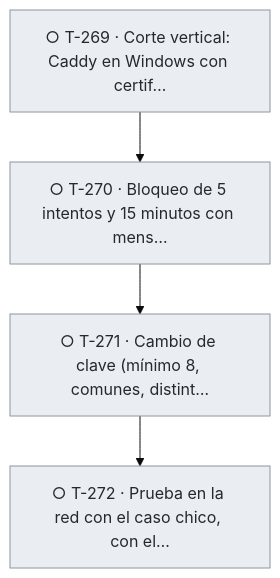
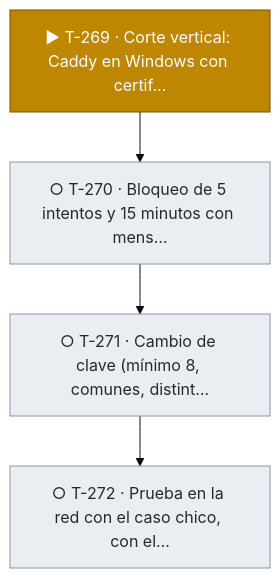
Before and after one commit to snavello/EVALUON: the ninth of 19 diagrams in docs/tablero.md, drawn with Mermaid (base theme). The commit also changed other lines of this file and 7 other files, not shown here.

````diff
--- a/docs/tablero.md
+++ b/docs/tablero.md
@@ -840,15 +840,15 @@
 ```mermaid
 flowchart TD
-  T269["○ T-269 · Corte vertical: Caddy en Windows con certif…"]:::todo
+  T269["▶ T-269 · Corte vertical: Caddy en Windows con certif…"]:::active
   T270["○ T-270 · Bloqueo de 5 intentos y 15 minutos con mens…"]:::todo
   T271["○ T-271 · Cambio de clave (mínimo 8, comunes, distint…"]:::todo
   T272["○ T-272 · Prueba en la red con el caso chico, con el…"]:::todo
   T269 --> T270
   T270 --> T271
   T271 --> T272
   classDef done fill:#1a7f37,stroke:#116329,color:#ffffff
   classDef review fill:#0969da,stroke:#0550ae,color:#ffffff
   classDef active fill:#bf8700,stroke:#7d4e00,color:#ffffff
   classDef blocked fill:#cf222e,stroke:#a40e26,color:#ffffff
   classDef todo fill:#eaeef2,stroke:#8c959f,color:#24292f
 ```
````
